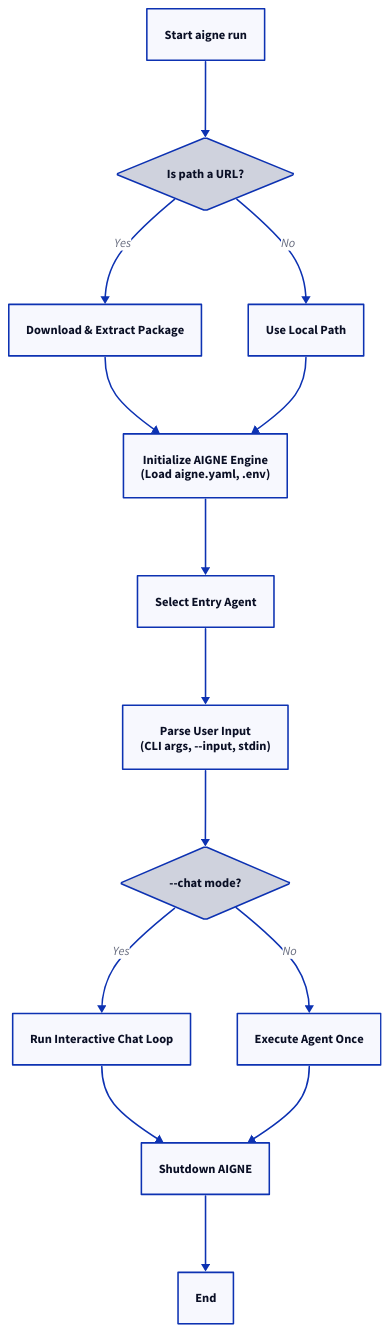
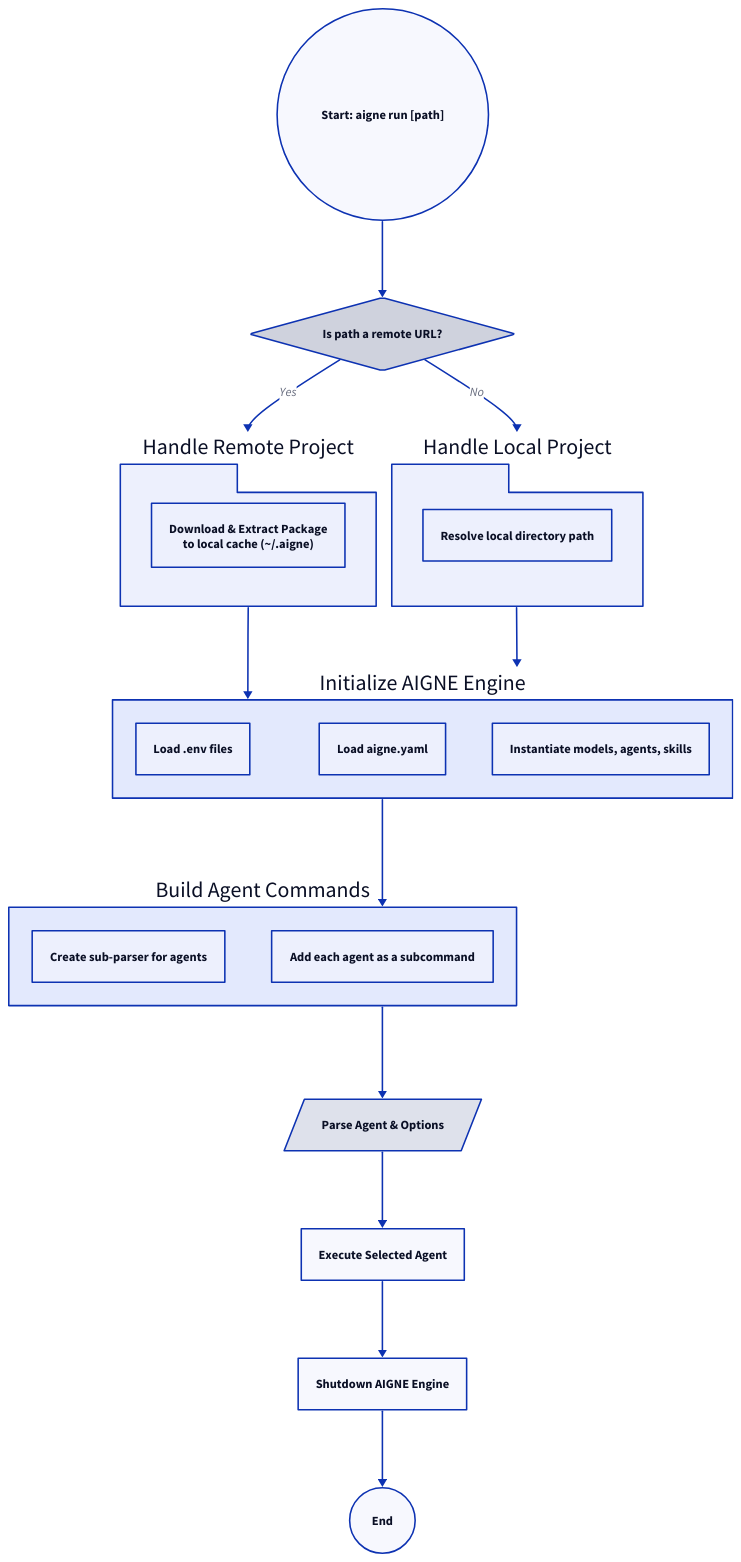
One commit to AIGNE-io/aigne-framework changed the diagram in packages/cli/docs/command-reference-run.md. Above: the diagram before and after it, drawn with D2. The commit also changed other lines of this file and 38 other files, not shown here.

````diff
--- a/packages/cli/docs/command-reference-run.md
+++ b/packages/cli/docs/command-reference-run.md
@@ -32,40 +34,76 @@
 ```d2
 direction: down
 
-"start": "Start aigne run"
+start: {
+  label: "Start: aigne run [path]"
+  shape: circle
+}
 
-"check_path": "Is path a URL?" {
+check_path: {
+  label: "Is path a remote URL?"
   shape: diamond
 }
 
-"download": "Download & Extract Package"
-"use_local": "Use Local Path"
+handle_remote: {
+  label: "Handle Remote Project"
+  shape: package
 
-"init": "Initialize AIGNE Engine\n(Load aigne.yaml, .env)"
-"select_agent": "Select Entry Agent"
-"parse_input": "Parse User Input\n(CLI args, --input, stdin)"
-
-"check_chat": "--chat mode?" {
-  shape: diamond
+  download: "Download & Extract Package\nto local cache (~/.aigne)"
 }
 
-"chat_loop": "Run Interactive Chat Loop"
-"execute_once": "Execute Agent Once"
+handle_local: {
+  label: "Handle Local Project"
+  shape: package
 
-"shutdown": "Shutdown AIGNE"
-"end": "End"
+  resolve_path: "Resolve local directory path"
+}
+
+init_aigne: {
+  label: "Initialize AIGNE Engine"
+  shape: rectangle
+
+  load_env: "Load .env files"
+  load_config: "Load aigne.yaml"
+  init_engine: "Instantiate models, agents, skills"
+}
+
+build_commands: {
+  label: "Build Agent Commands"
+  shape: rectangle
+
+  sub_parser: "Create sub-parser for agents"
+  add_agents: "Add each agent as a subcommand"
+}
+
+parse_args: {
+  label: "Parse Agent & Options"
+  shape: parallelogram
+}
+
+execute_agent: {
+  label: "Execute Selected Agent"
+  shape: rectangle
+}
+
+shutdown: {
+  label: "Shutdown AIGNE Engine"
+  shape: rectangle
+}
+
+end: {
+  label: "End"
+  shape: circle
+}
+
 
 start -> check_path
-check_path -> download: "Yes"
-check_path -> use_local: "No"
-download -> init
-use_local -> init
-init -> select_agent
-select_agent -> parse_input
-parse_input -> check_chat
-check_chat -> chat_loop: "Yes"
-check_chat -> execute_once: "No"
-chat_loop -> shutdown
-execute_once -> shutdown
+check_path -> handle_remote: "Yes"
+check_path -> handle_local: "No"
+handle_remote -> init_aigne
+handle_local -> init_aigne
+init_aigne -> build_commands
+build_commands -> parse_args
+parse_args -> execute_agent
+execute_agent -> shutdown
 shutdown -> end
 ```
````
